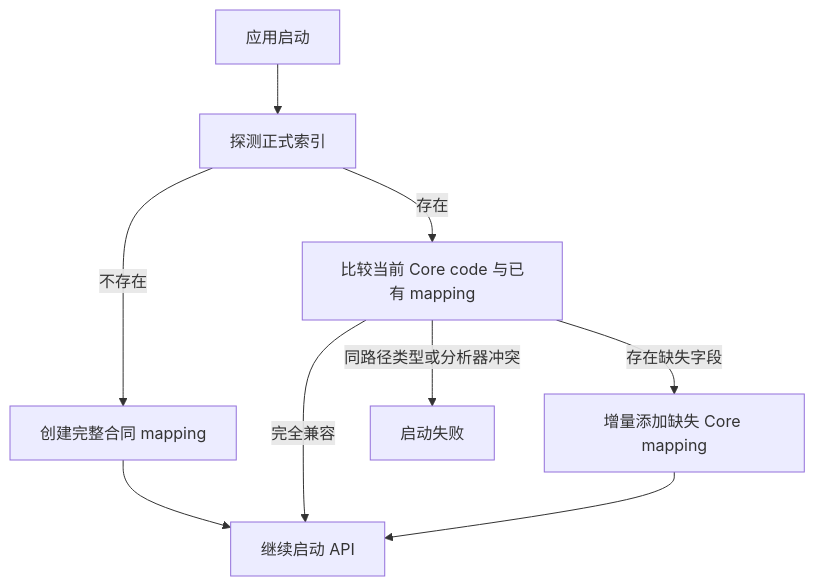
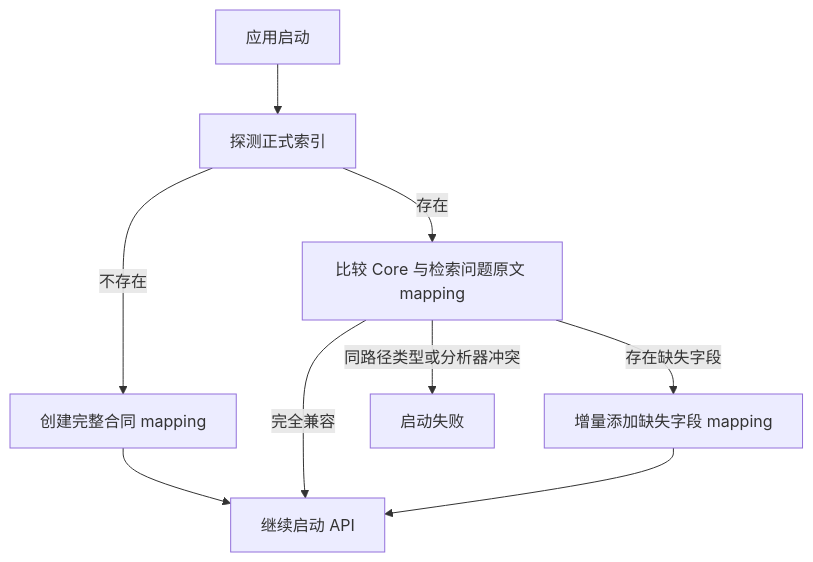
The second of 2 diagrams in description/architecture/data/contract-elasticsearch-document.md (caicai-6666/contract-service-be), drawn with Mermaid before and after one commit. The commit also changed other lines of this file and 108 other files, not shown here.

````diff
--- a/description/architecture/data/contract-elasticsearch-document.md
+++ b/description/architecture/data/contract-elasticsearch-document.md
@@ -294,17 +320,17 @@
 ```mermaid
 flowchart TD
     start["应用启动"]
     probe["探测正式索引"]
     create["创建完整合同 mapping"]
-    compare["比较当前 Core code 与已有 mapping"]
-    add["增量添加缺失 Core mapping"]
+    compare["比较 Core 与检索问题原文 mapping"]
+    add["增量添加缺失字段 mapping"]
     ready["继续启动 API"]
     fail["启动失败"]
 
     start --> probe
     probe -->|"不存在"| create --> ready
     probe -->|"存在"| compare
     compare -->|"完全兼容"| ready
     compare -->|"存在缺失字段"| add --> ready
     compare -->|"同路径类型或分析器冲突"| fail
 ```
````
